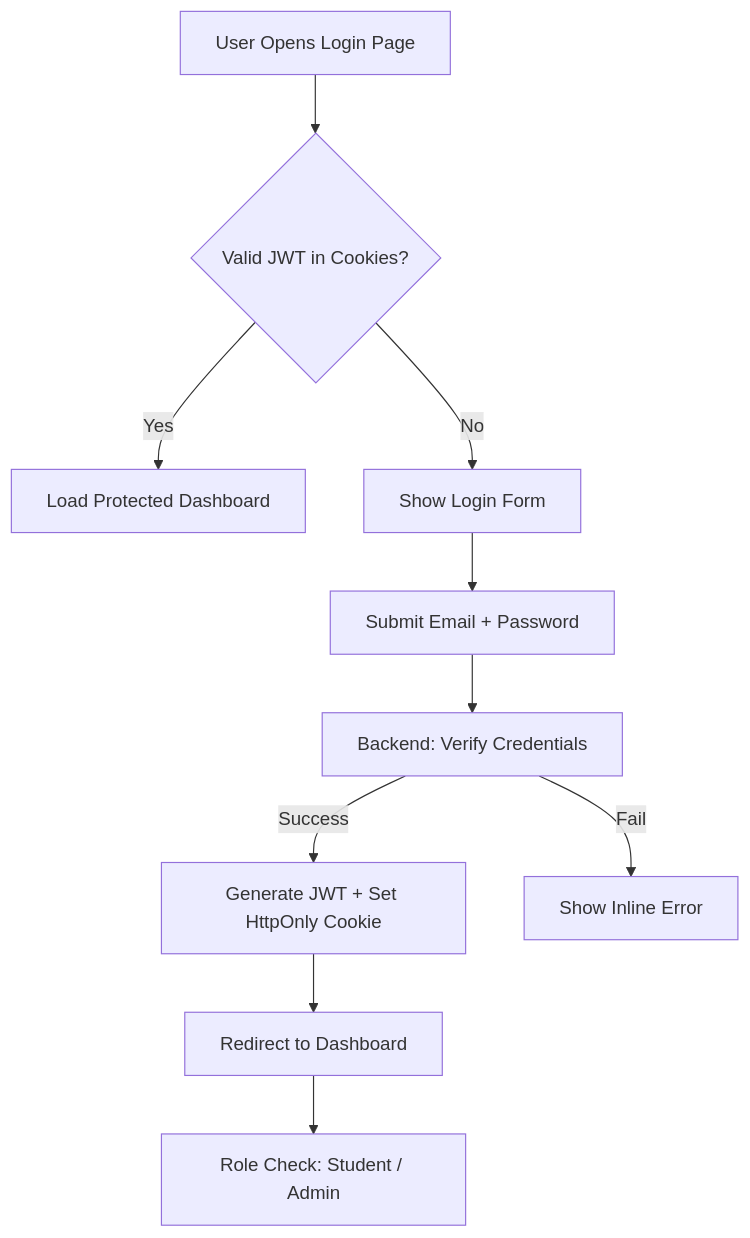
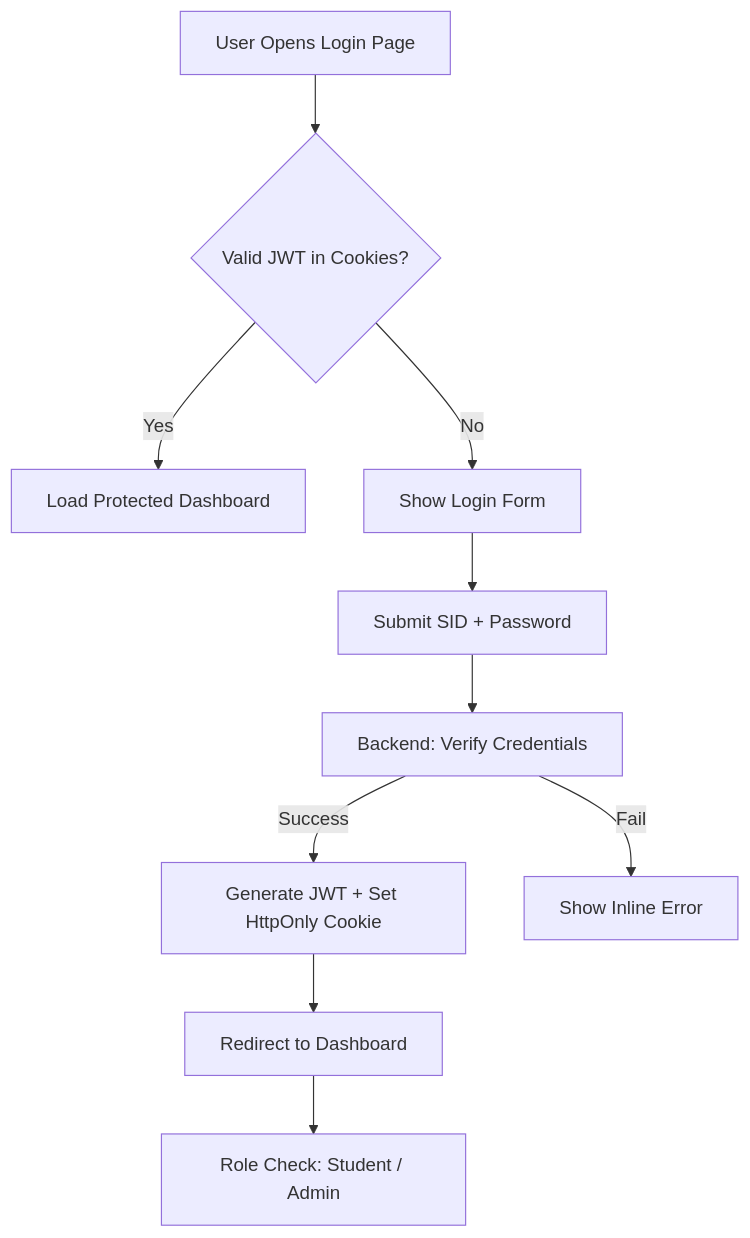
One commit to MyFGitAccount/MARKDOWN_KK changed the first of 3 diagrams in markdown/project-architecture.md. Above: the diagram before and after it, drawn with Mermaid.

Commit message:
change a little bit details

````diff
--- a/markdown/project-architecture.md
+++ b/markdown/project-architecture.md
@@ -3,12 +3,12 @@
 ```mermaid
 flowchart TD
     A[User Opens Login Page] --> B{Valid JWT in Cookies?}
     B -- Yes --> C[Load Protected Dashboard]
     B -- No --> D[Show Login Form]
-    D --> E[Submit Email + Password]
+    D --> E[Submit SID + Password]
     E --> F[Backend: Verify Credentials]
     F -- Success --> G[Generate JWT + Set HttpOnly Cookie]
     F -- Fail --> H[Show Inline Error]
     G --> I[Redirect to Dashboard]
     I --> J[Role Check: Student / Admin]
 ```
````
